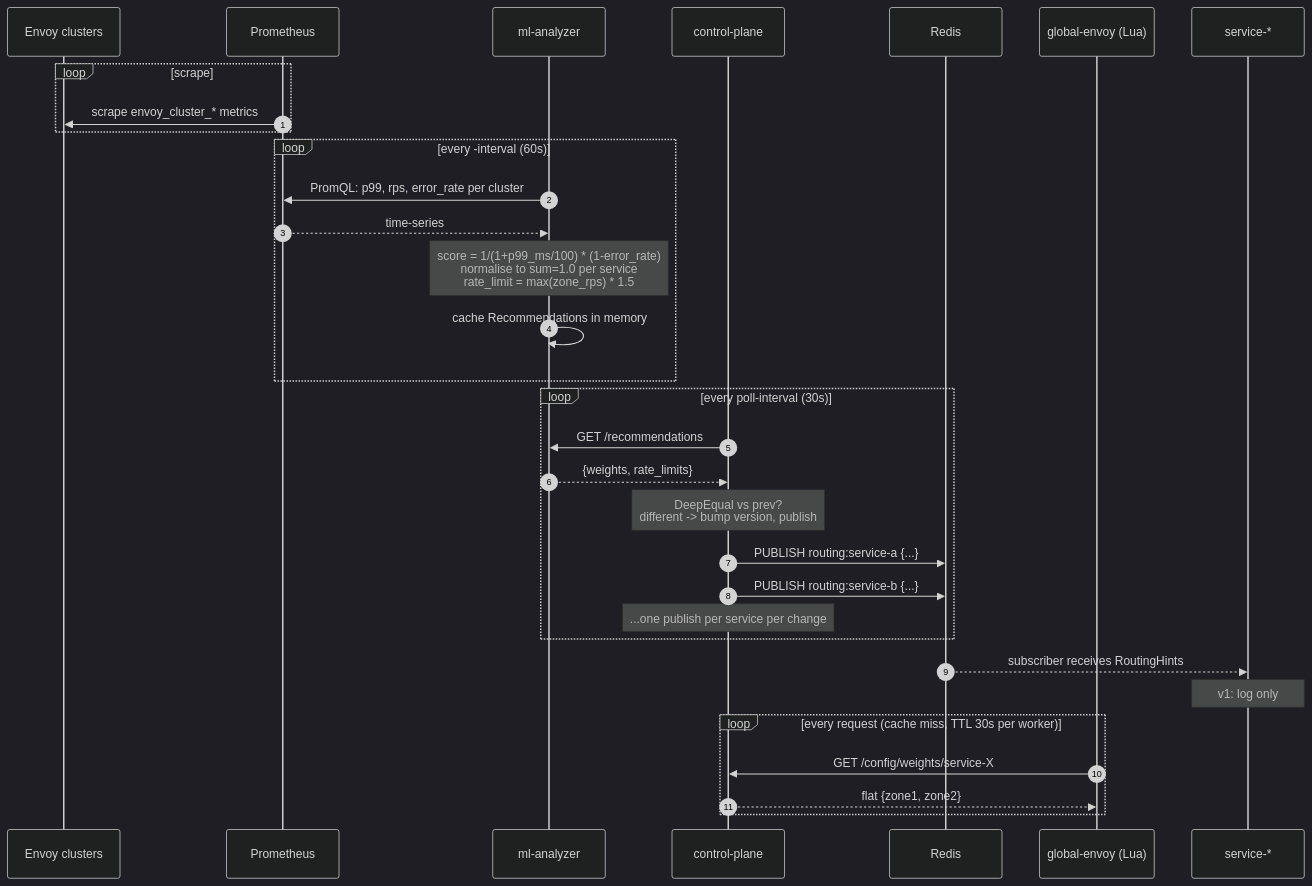
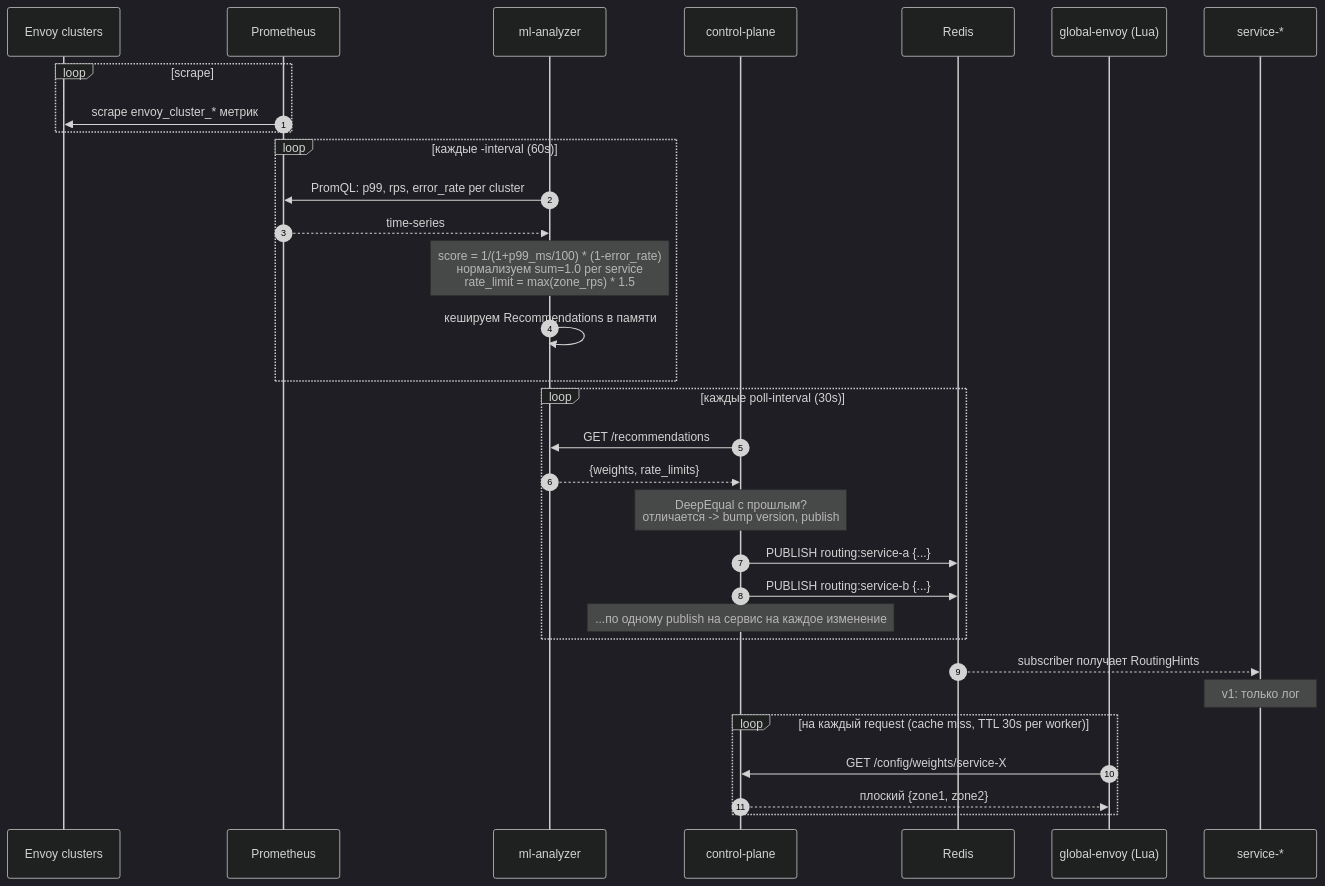
One commit to MAI-RWB-Tech/geo-distributed-gateway changed the fourth of 8 diagrams in docs/Architecture.md. Above: the diagram before and after it, drawn with Mermaid (dark theme). The commit also changed other lines of this file and 1 other file, not shown here.

Commit message:
docs: translate README and Architecture.md to Russian

````diff
--- a/docs/Architecture.md
+++ b/docs/Architecture.md
@@ -205,39 +204,39 @@
 ```mermaid
 sequenceDiagram
     autonumber
     participant E as Envoy clusters
     participant P as Prometheus
     participant ML as ml-analyzer
     participant CP as control-plane
     participant R as Redis
     participant LUA as global-envoy (Lua)
     participant APP as service-*
 
     loop scrape
-        P->>E: scrape envoy_cluster_* metrics
+        P->>E: scrape envoy_cluster_* метрик
     end
 
-    loop every -interval (60s)
+    loop каждые -interval (60s)
         ML->>P: PromQL: p99, rps, error_rate per cluster
         P-->>ML: time-series
-        Note over ML: score = 1/(1+p99_ms/100) * (1-error_rate)<br/>normalise to sum=1.0 per service<br/>rate_limit = max(zone_rps) * 1.5
-        ML->>ML: cache Recommendations in memory
+        Note over ML: score = 1/(1+p99_ms/100) * (1-error_rate)<br/>нормализуем sum=1.0 per service<br/>rate_limit = max(zone_rps) * 1.5
+        ML->>ML: кешируем Recommendations в памяти
     end
 
-    loop every poll-interval (30s)
+    loop каждые poll-interval (30s)
         CP->>ML: GET /recommendations
         ML-->>CP: {weights, rate_limits}
-        Note over CP: DeepEqual vs prev?<br/>different -> bump version, publish
+        Note over CP: DeepEqual c прошлым?<br/>отличается -> bump version, publish
         CP->>R: PUBLISH routing:service-a {...}
         CP->>R: PUBLISH routing:service-b {...}
-        Note over CP: ...one publish per service per change
+        Note over CP: ...по одному publish на сервис на каждое изменение
     end
 
-    R-->>APP: subscriber receives RoutingHints
-    Note over APP: v1: log only
+    R-->>APP: subscriber получает RoutingHints
+    Note over APP: v1: только лог
 
-    loop every request (cache miss, TTL 30s per worker)
+    loop на каждый request (cache miss, TTL 30s per worker)
         LUA->>CP: GET /config/weights/service-X
-        CP-->>LUA: flat {zone1, zone2}
+        CP-->>LUA: плоский {zone1, zone2}
     end
 ```
````
